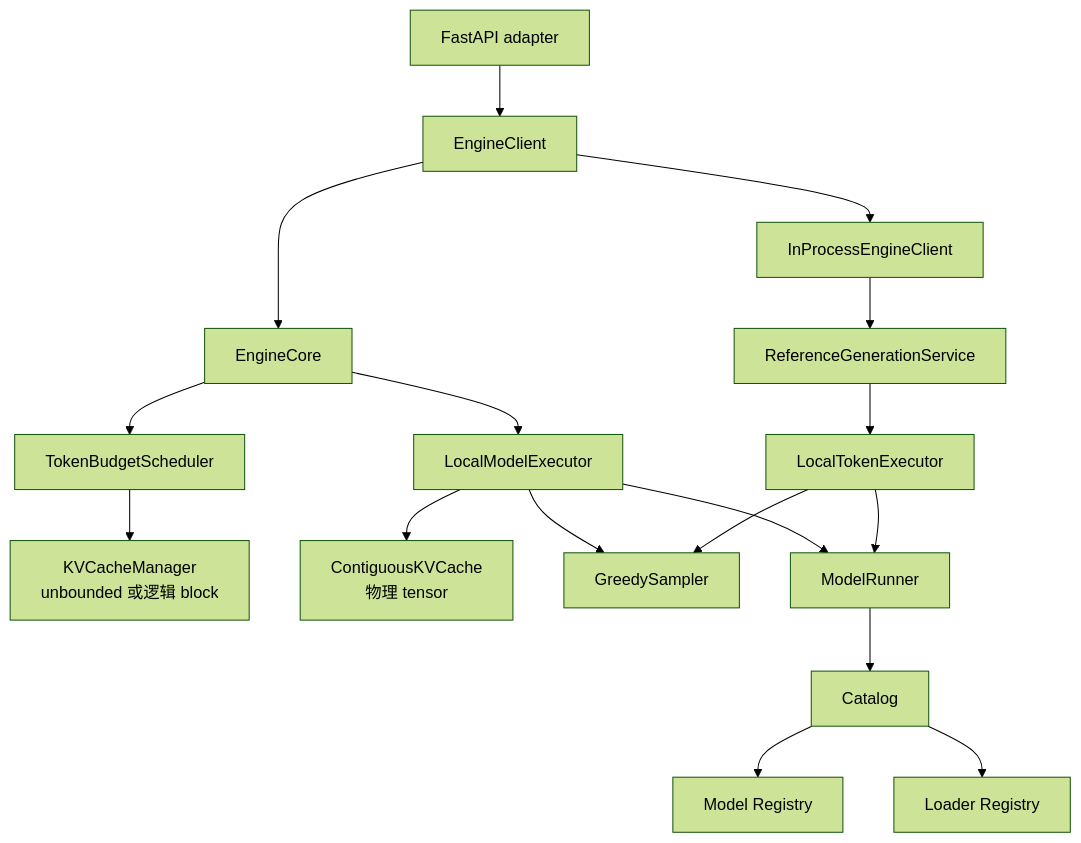
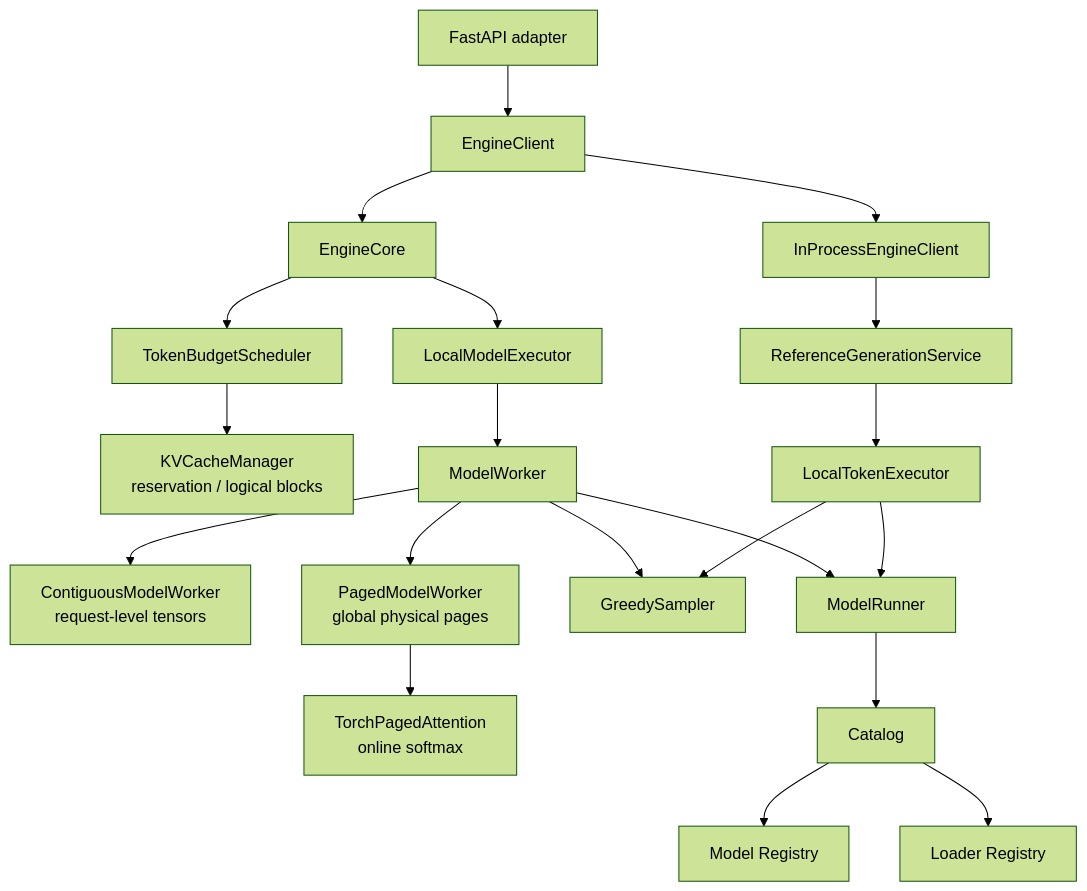
The first of 3 diagrams in docs/design.md (poorpaper/light-vllm), drawn with Mermaid (forest theme) before and after one commit. The commit also changed other lines of this file and 4 other files, not shown here.

Commit message:
docs: define paged worker architecture

````diff
--- a/docs/design.md
+++ b/docs/design.md
@@ -44,22 +45,25 @@
 ```mermaid
 flowchart TB
     HTTP["FastAPI adapter"] --> Client["EngineClient"]
 
     Client --> Core["EngineCore"]
     Client --> Bridge["InProcessEngineClient"]
     Bridge --> Reference["ReferenceGenerationService"]
 
     Core --> Scheduler["TokenBudgetScheduler"]
-    Scheduler --> LogicalKV["KVCacheManager<br/>unbounded 或逻辑 block"]
+    Scheduler --> LogicalKV["KVCacheManager<br/>reservation / logical blocks"]
     Core --> Executor["LocalModelExecutor"]
-    Executor --> TensorKV["ContiguousKVCache<br/>物理 tensor"]
-    Executor --> Sampler["GreedySampler"]
+    Executor --> Worker["ModelWorker"]
+    Worker --> Contiguous["ContiguousModelWorker<br/>request-level tensors"]
+    Worker --> Paged["PagedModelWorker<br/>global physical pages"]
+    Paged --> Attention["TorchPagedAttention<br/>online softmax"]
+    Worker --> Sampler["GreedySampler"]
     Reference --> TokenExecutor["LocalTokenExecutor"]
     TokenExecutor --> Sampler
 
-    Executor --> Runner["ModelRunner"]
+    Worker --> Runner["ModelRunner"]
     TokenExecutor --> Runner
     Runner --> Catalog["Catalog"]
     Catalog --> Models["Model Registry"]
     Catalog --> Loaders["Loader Registry"]
 ```
````
